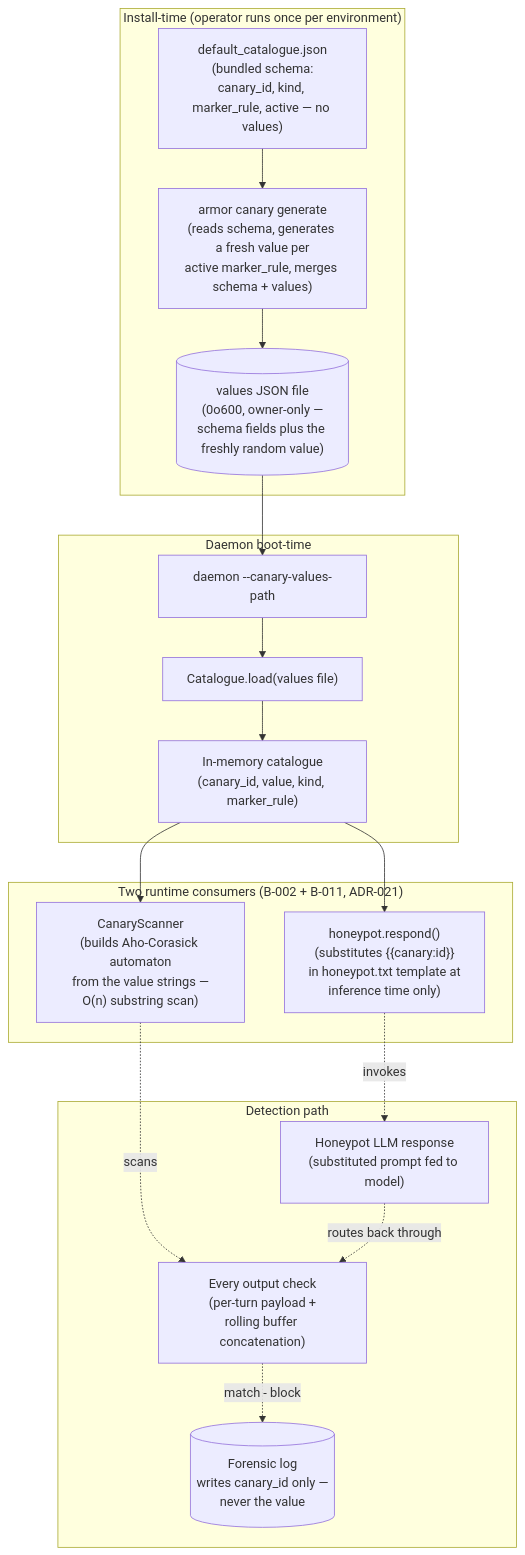
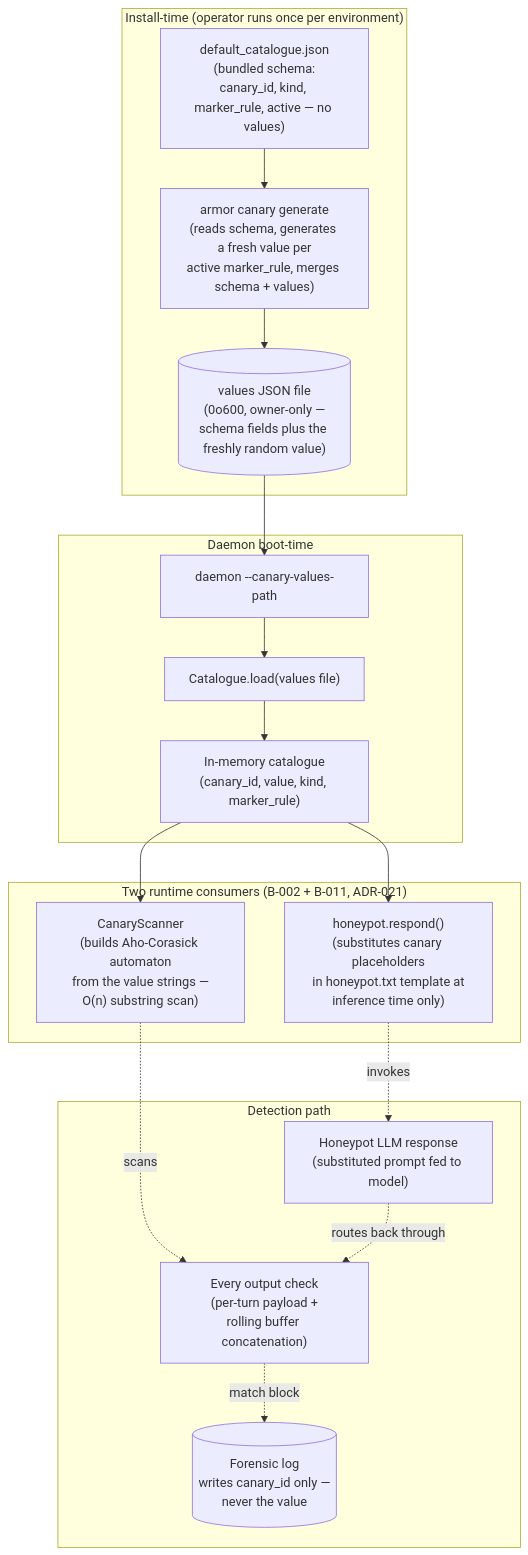
Before and after one commit to tkdtaylor/armor: the ninth of 9 diagrams in docs/architecture/diagrams.md, drawn with Mermaid. The commit also changed other lines of this file and 2 other files, not shown here.

````diff
--- a/docs/architecture/diagrams.md
+++ b/docs/architecture/diagrams.md
@@ -393,33 +393,33 @@
 ```mermaid
 flowchart TB
     subgraph Install["Install-time (operator runs once per environment)"]
         S1["default_catalogue.json<br/>(bundled schema:<br/>canary_id, kind, marker_rule, active — no values)"]
         S2["armor canary generate<br/>(reads schema, generates a fresh value per<br/>active marker_rule, merges schema + values)"]
         S3[("values JSON file<br/>(0o600, owner-only —<br/>schema fields plus the freshly random value)")]
         S1 --> S2 --> S3
     end
 
     subgraph Boot["Daemon boot-time"]
         B1["daemon --canary-values-path"]
         B2["Catalogue.load(values file)"]
         B3["In-memory catalogue<br/>(canary_id, value, kind, marker_rule)"]
         S3 --> B1 --> B2 --> B3
     end
 
     subgraph Consumers["Two runtime consumers (B-002 + B-011, ADR-021)"]
         C1["CanaryScanner<br/>(builds Aho-Corasick automaton<br/>from the value strings —<br/>O(n) substring scan)"]
-        C2["honeypot.respond()<br/>(substitutes {{canary:id}}<br/>in honeypot.txt template at<br/>inference time only)"]
+        C2["honeypot.respond()<br/>(substitutes canary placeholders<br/>in honeypot.txt template at<br/>inference time only)"]
         B3 --> C1
         B3 --> C2
     end
 
     subgraph Detect["Detection path"]
         D1["Every output check<br/>(per-turn payload +<br/>rolling buffer concatenation)"]
         D2["Honeypot LLM response<br/>(substituted prompt fed to model)"]
         D3[("Forensic log<br/>writes canary_id only —<br/>never the value")]
         C1 -.scans.-> D1
         C2 -.invokes.-> D2
         D2 -.routes back through.-> D1
-        D1 -.match - block.-> D3
+        D1 -.match block.-> D3
     end
 ```
````
